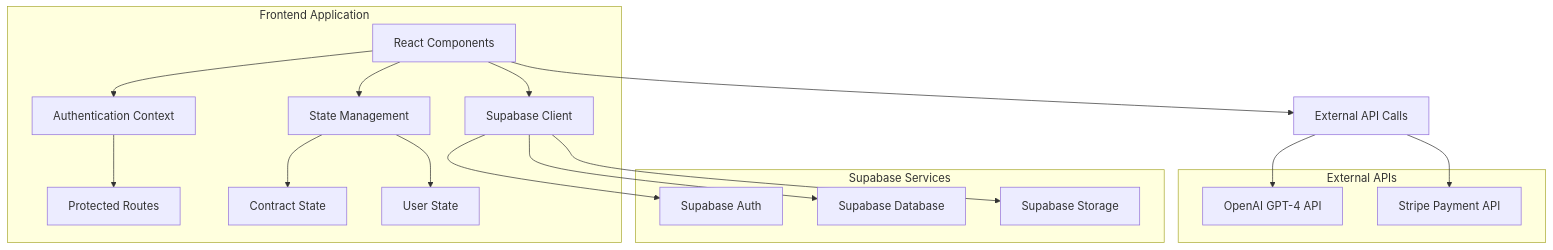
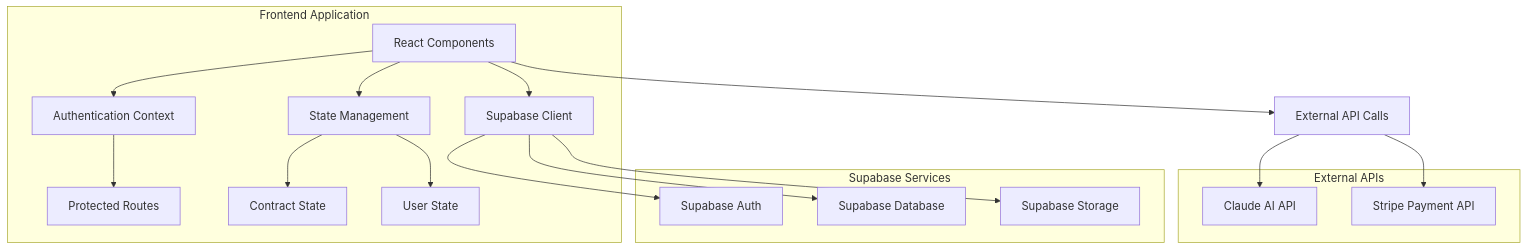
One commit to helloaca/helloaca changed the second of 3 diagrams in .trae/documents/HelloACA_Technical_Architecture_Document.md. Above: the diagram before and after it, drawn with Mermaid. The commit also changed other lines of this file and 1 other file, not shown here.

First line of the commit message:
refactor: replace openai gpt-4 with claude ai api

````diff
--- a/.trae/documents/HelloACA_Technical_Architecture_Document.md
+++ b/.trae/documents/HelloACA_Technical_Architecture_Document.md
@@ -179,36 +179,36 @@
 ```mermaid
 graph TD
     A[React Components] --> B[Supabase Client]
     A --> C[Authentication Context]
     A --> D[State Management]
     B --> E[Supabase Auth]
     B --> F[Supabase Database]
     B --> G[Supabase Storage]
     A --> H[External API Calls]
-    H --> I[OpenAI GPT-4 API]
+    H --> I[Claude AI API]
     H --> J[Stripe Payment API]
     C --> K[Protected Routes]
     D --> L[Contract State]
     D --> M[User State]
 
     subgraph "Frontend Application"
         A
         B
         C
         D
         K
         L
         M
     end
 
     subgraph "Supabase Services"
         E
         F
         G
     end
 
     subgraph "External APIs"
         I
         J
     end
 ```
````
